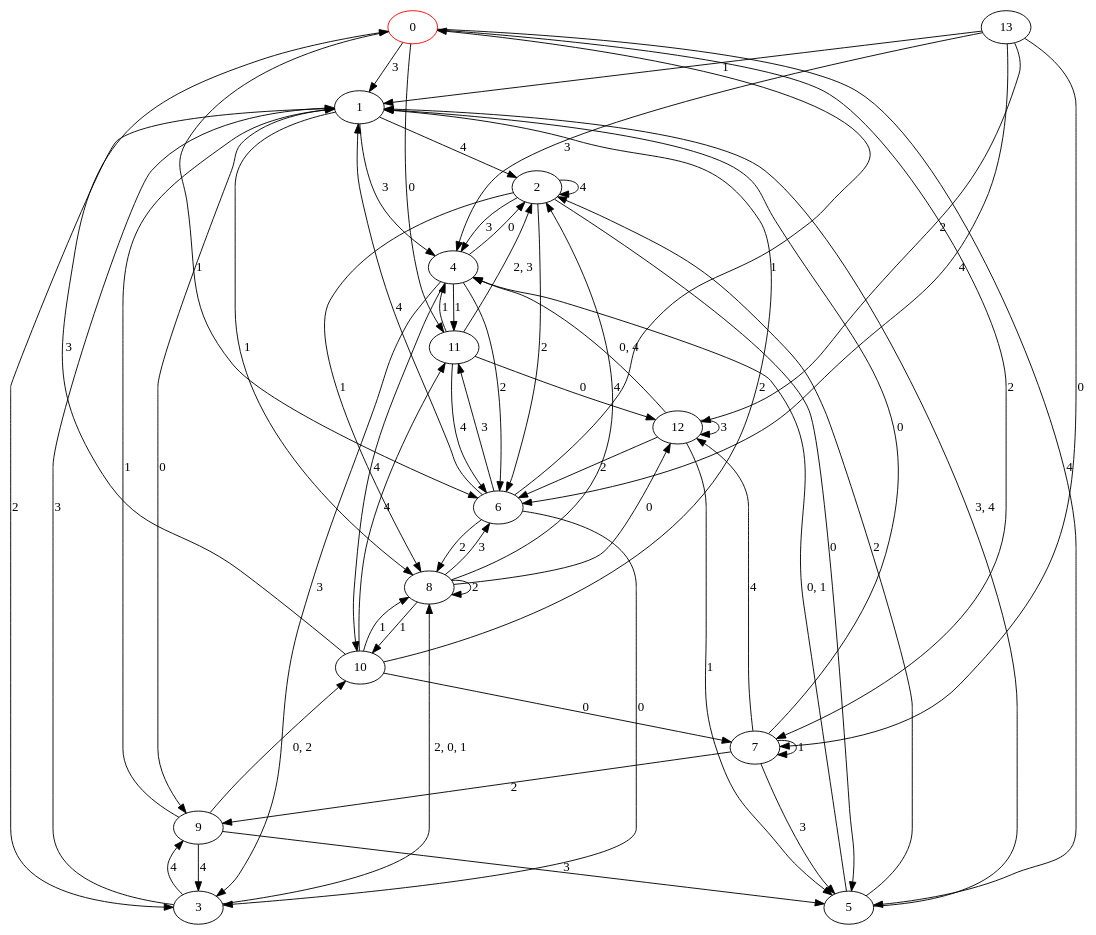
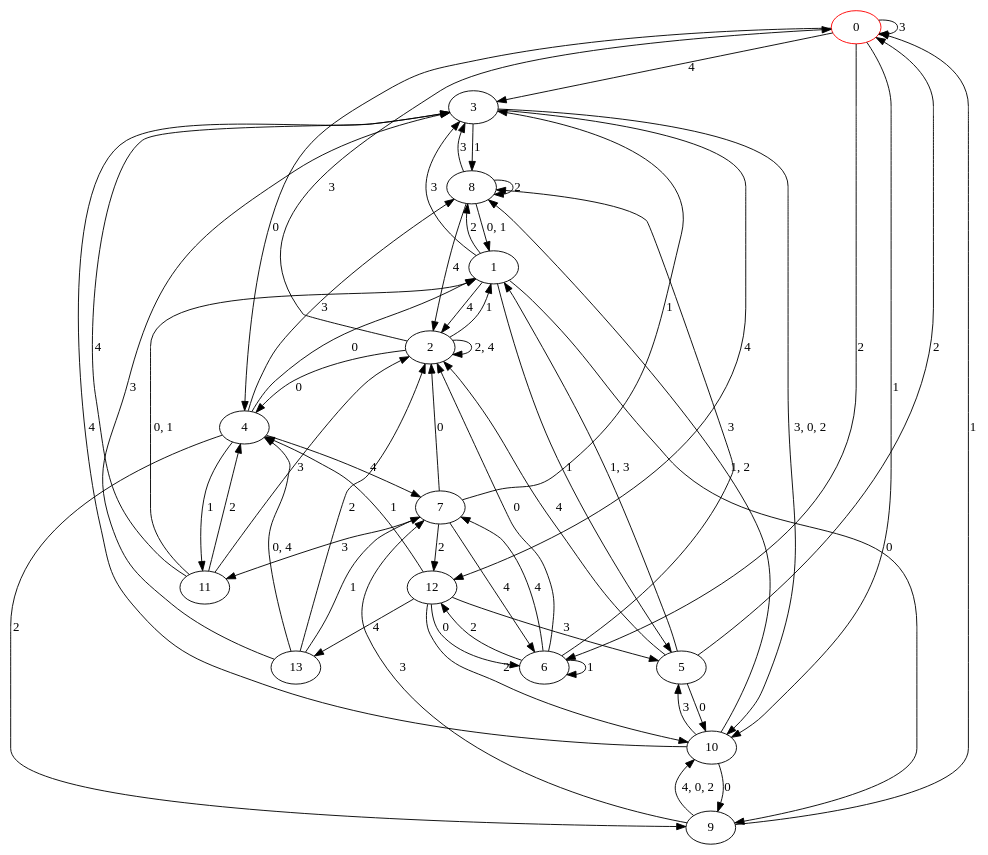
The diagram in automata/res/dfa_s14_r5/s14_r5.dot (Jakub-Ciecierski/AutomatonOptimization), drawn with Graphviz before and after one commit. The commit also changed 41 other files, not shown here.

```diff
--- a/automata/res/dfa_s14_r5/s14_r5.dot
+++ b/automata/res/dfa_s14_r5/s14_r5.dot
@@ -1,79 +1,76 @@
 digraph g {
 0 [label= "0"] [color="red"];
 1 [label= "1"];
 2 [label= "2"];
 3 [label= "3"];
 4 [label= "4"];
 5 [label= "5"];
 6 [label= "6"];
 7 [label= "7"];
 8 [label= "8"];
 9 [label= "9"];
 10 [label= "10"];
 11 [label= "11"];
 12 [label= "12"];
 13 [label= "13"];
-0 -> 11[label= "0"];
-0 -> 6[label= "1"];
-0 -> 7[label= "2"];
-0 -> 1[label= "3"];
-0 -> 5[label= "4"];
+0 -> 4[label= "0"];
+0 -> 10[label= "1"];
+0 -> 6[label= "2"];
+0 -> 0[label= "3"];
+0 -> 3[label= "4"];
 1 -> 9[label= "0"];
-1 -> 8[label= "1"];
-1 -> 3[label= "2"];
-1 -> 4[label= "3"];
+1 -> 5[label= "1"];
+1 -> 8[label= "2"];
+1 -> 3[label= "3"];
 1 -> 2[label= "4"];
-2 -> 5[label= "0"];
-2 -> 8[label= "1"];
-2 -> 6[label= "2"];
-2 -> 4[label= "3"];
-2 -> 2[label= "4"];
-3 -> 1[label= "3"];
-3 -> 9[label= "4"];
-4 -> 2[label= "0"];
+2 -> 4[label= "0"];
+2 -> 1[label= "1"];
+2 -> 0[label= "3"];
+3 -> 8[label= "1"];
+3 -> 12[label= "4"];
+4 -> 1[label= "0"];
 4 -> 11[label= "1"];
-4 -> 6[label= "2"];
-4 -> 3[label= "3"];
-4 -> 10[label= "4"];
-5 -> 2[label= "2"];
-6 -> 3[label= "0"];
-6 -> 0[label= "1"];
-6 -> 8[label= "2"];
-6 -> 11[label= "3"];
-6 -> 1[label= "4"];
-7 -> 1[label= "0"];
-7 -> 7[label= "1"];
-7 -> 9[label= "2"];
-7 -> 5[label= "3"];
-7 -> 12[label= "4"];
-8 -> 12[label= "0"];
-8 -> 10[label= "1"];
+4 -> 9[label= "2"];
+4 -> 8[label= "3"];
+4 -> 7[label= "4"];
+5 -> 10[label= "0"];
+5 -> 0[label= "2"];
+5 -> 2[label= "4"];
+6 -> 2[label= "0"];
+6 -> 6[label= "1"];
+6 -> 12[label= "2"];
+6 -> 8[label= "3"];
+6 -> 7[label= "4"];
+7 -> 2[label= "0"];
+7 -> 3[label= "1"];
+7 -> 12[label= "2"];
+7 -> 11[label= "3"];
+7 -> 6[label= "4"];
 8 -> 8[label= "2"];
-8 -> 6[label= "3"];
+8 -> 3[label= "3"];
 8 -> 2[label= "4"];
-9 -> 1[label= "1"];
-9 -> 5[label= "3"];
-9 -> 3[label= "4"];
-10 -> 7[label= "0"];
-10 -> 8[label= "1"];
-10 -> 1[label= "2"];
-10 -> 0[label= "3"];
-10 -> 11[label= "4"];
-11 -> 12[label= "0"];
-11 -> 4[label= "1"];
-11 -> 6[label= "4"];
-12 -> 5[label= "1"];
-12 -> 6[label= "2"];
-12 -> 12[label= "3"];
-13 -> 7[label= "0"];
-13 -> 1[label= "1"];
-13 -> 12[label= "2"];
-13 -> 4[label= "3"];
-13 -> 6[label= "4"];
-3 -> 8[label= "2, 0, 1"];
-5 -> 4[label= "0, 1"];
-5 -> 1[label= "3, 4"];
-9 -> 10[label= "0, 2"];
-11 -> 2[label= "2, 3"];
-12 -> 4[label= "0, 4"];
+9 -> 0[label= "1"];
+9 -> 7[label= "3"];
+10 -> 9[label= "0"];
+10 -> 5[label= "3"];
+10 -> 3[label= "4"];
+11 -> 4[label= "2"];
+11 -> 2[label= "3"];
+11 -> 3[label= "4"];
+12 -> 6[label= "0"];
+12 -> 4[label= "1"];
+12 -> 10[label= "2"];
+12 -> 5[label= "3"];
+12 -> 13[label= "4"];
+13 -> 7[label= "1"];
+13 -> 2[label= "2"];
+13 -> 3[label= "3"];
+2 -> 2[label= "2, 4"];
+3 -> 10[label= "3, 0, 2"];
+5 -> 1[label= "1, 3"];
+8 -> 1[label= "0, 1"];
+9 -> 10[label= "4, 0, 2"];
+10 -> 8[label= "1, 2"];
+11 -> 1[label= "0, 1"];
+13 -> 4[label= "0, 4"];
 }
```
